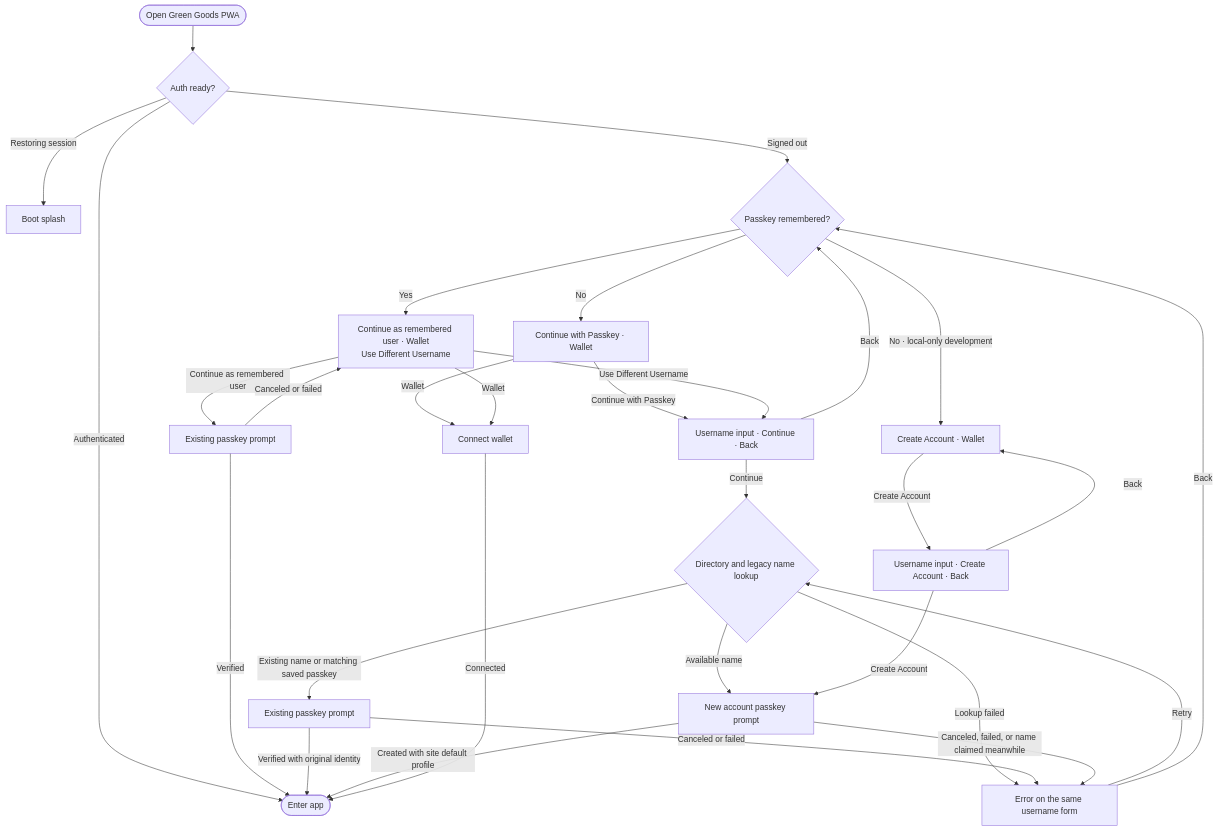
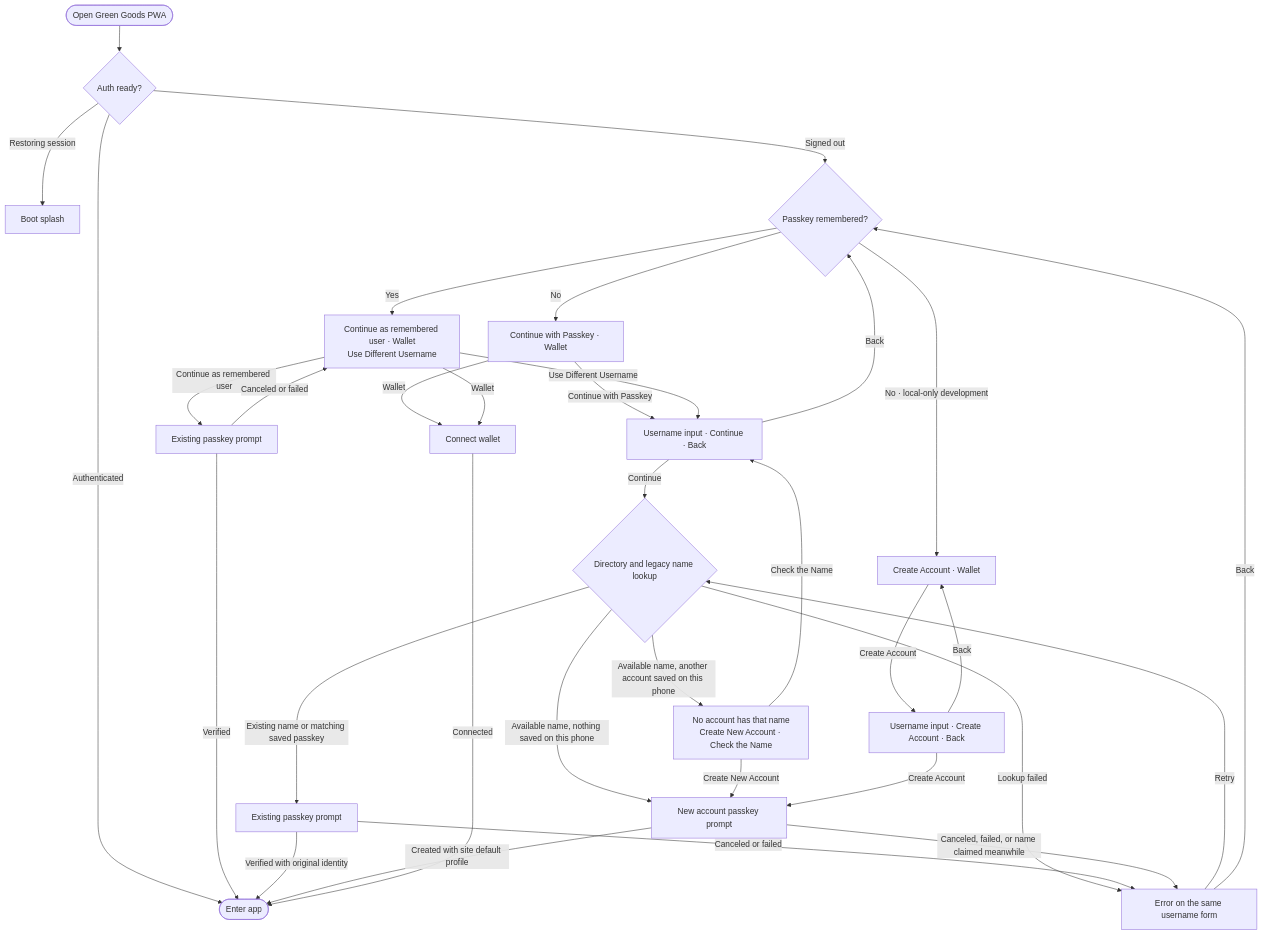
The diagram in packages/client/src/views/Login/login-flow.mmd (greenpill-dev-guild/green-goods), drawn with Mermaid before and after one commit. The commit also changed 14 other files, not shown here.

```diff
--- a/packages/client/src/views/Login/login-flow.mmd
+++ b/packages/client/src/views/Login/login-flow.mmd
@@ -1,30 +1,33 @@
 flowchart TD
     Start(["Open Green Goods PWA"]) --> Ready{"Auth ready?"}
     Ready -->|Restoring session| Boot["Boot splash"]
     Ready -->|Authenticated| App(["Enter app"])
     Ready -->|Signed out| Stored{"Passkey remembered?"}
     Stored -->|No| New["Continue with Passkey · Wallet"]
     Stored -->|Yes| Returning["Continue as remembered user · Wallet<br/>Use Different Username"]
     Returning -->|Continue as remembered user| Cached["Existing passkey prompt"]
     Cached -->|Verified| App
     Cached -->|Canceled or failed| Returning
     New -->|Continue with Passkey| Username["Username input · Continue · Back"]
     Returning -->|Use Different Username| Username
     Username -->|Back| Stored
     Username -->|Continue| Lookup{"Directory and legacy name lookup"}
     Lookup -->|Existing name or matching saved passkey| SignIn["Existing passkey prompt"]
-    Lookup -->|Available name| Register["New account passkey prompt"]
+    Lookup -->|Available name, nothing saved on this phone| Register["New account passkey prompt"]
+    Lookup -->|Available name, another account saved on this phone| Confirm["No account has that name<br/>Create New Account · Check the Name"]
+    Confirm -->|Create New Account| Register
+    Confirm -->|Check the Name| Username
     Lookup -->|Lookup failed| Error["Error on the same username form"]
     SignIn -->|Verified with original identity| App
     SignIn -->|Canceled or failed| Error
     Register -->|Created with site default profile| App
     Register -->|Canceled, failed, or name claimed meanwhile| Error
     Error -->|Retry| Lookup
     Error -->|Back| Stored
     New -->|Wallet| Wallet["Connect wallet"]
     Returning -->|Wallet| Wallet
     Wallet -->|Connected| App
     Stored -->|No · local-only development| Local["Create Account · Wallet"]
     Local -->|Create Account| LocalForm["Username input · Create Account · Back"]
     LocalForm -->|Create Account| Register
     LocalForm -->|Back| Local
```
